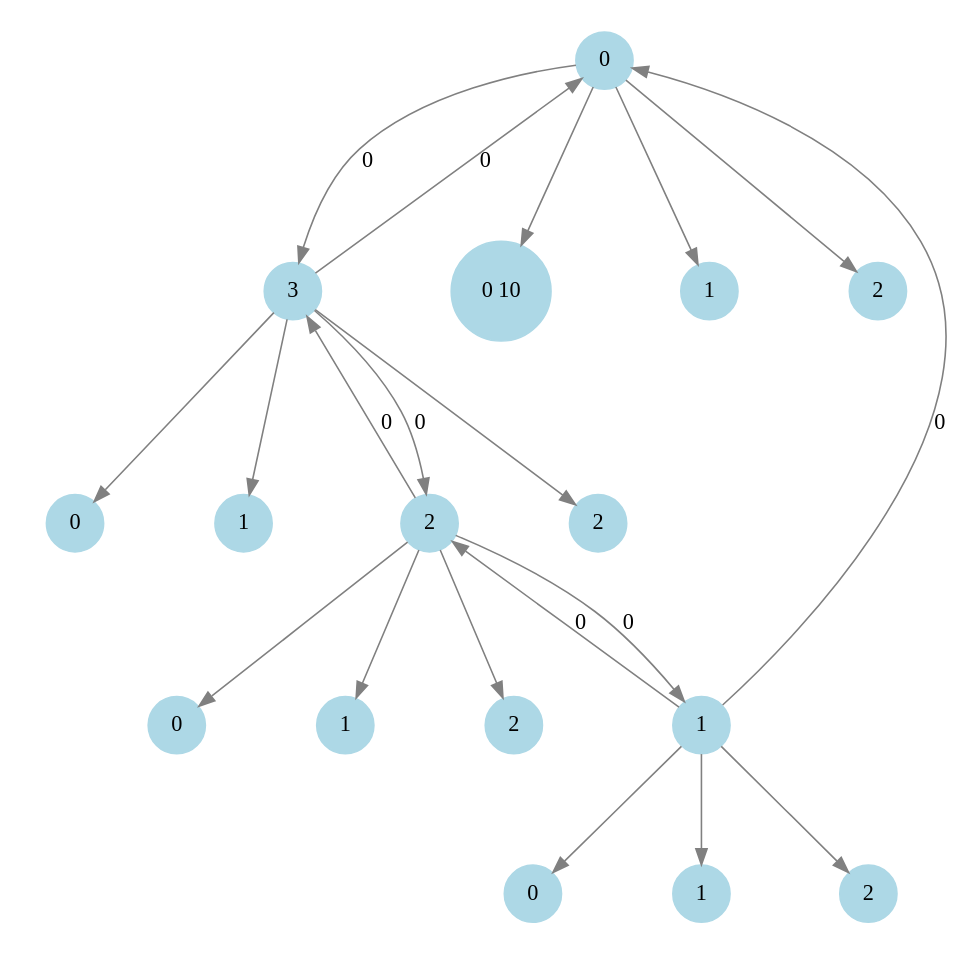
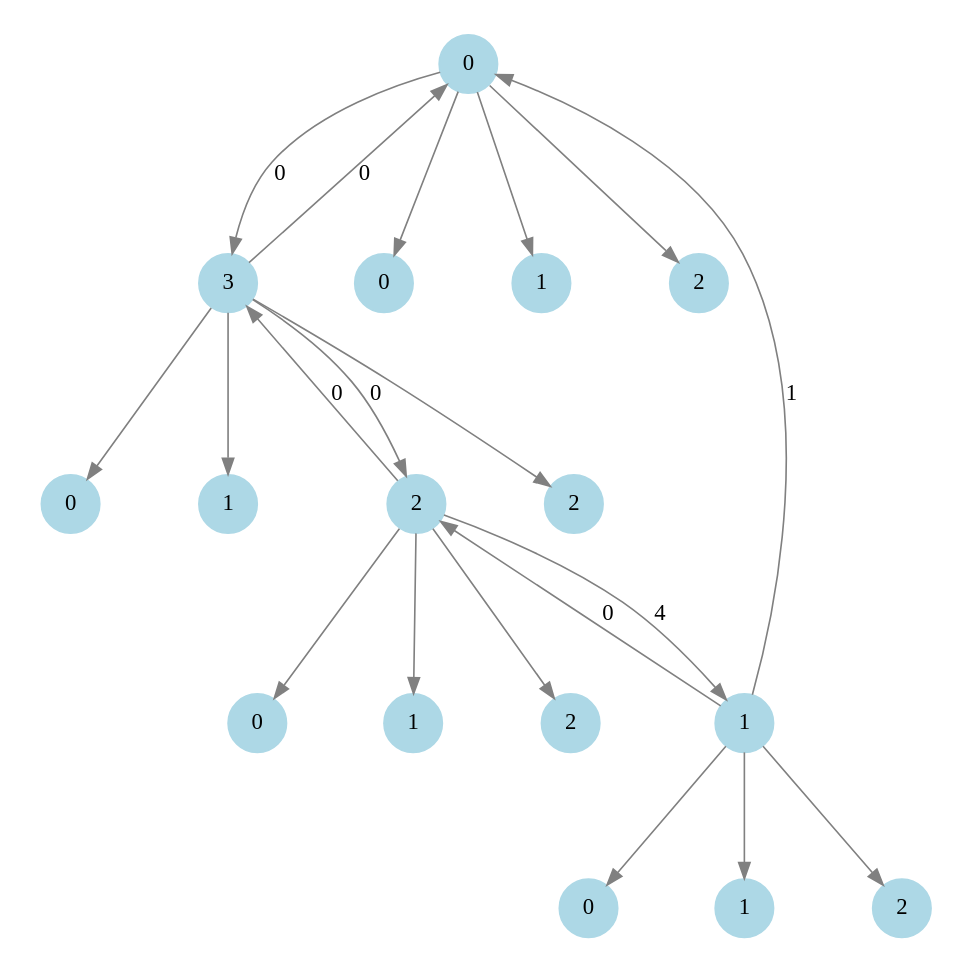
Before and after one commit to Fede108/Algoritmos-y-estructura-de-Datos: the diagram in Trabajo_Final/src/grafo.dot, drawn with Graphviz. The commit also changed 9 other files, not shown here.

```diff
--- a/Trabajo_Final/src/grafo.dot
+++ b/Trabajo_Final/src/grafo.dot
@@ -1,37 +1,37 @@
 digraph G {
     node [shape=circle, style=filled, color=lightblue];
     edge [color=gray, penwidth=1];
     size="8,8";
     ratio="fill";
     0 -> 3 [label="0"];
     0 -> 00;
-    00 [label="0 10"];
+    00 [label="0"];
     0 -> 10;
     10 [label="1"];
     0 -> 20;
     20 [label="2"];
-    1 -> 0 [label="0"];
+    1 -> 0 [label="1"];
     1 -> 2 [label="0"];
     1 -> 01;
     01 [label="0"];
     1 -> 11;
     11 [label="1"];
     1 -> 21;
     21 [label="2"];
-    2 -> 1 [label="0"];
+    2 -> 1 [label="4"];
     2 -> 3 [label="0"];
     2 -> 02;
     02 [label="0"];
     2 -> 12;
     12 [label="1"];
     2 -> 22;
     22 [label="2"];
     3 -> 0 [label="0"];
     3 -> 2 [label="0"];
     3 -> 03;
     03 [label="0"];
     3 -> 13;
     13 [label="1"];
     3 -> 23;
     23 [label="2"];
 }
```
